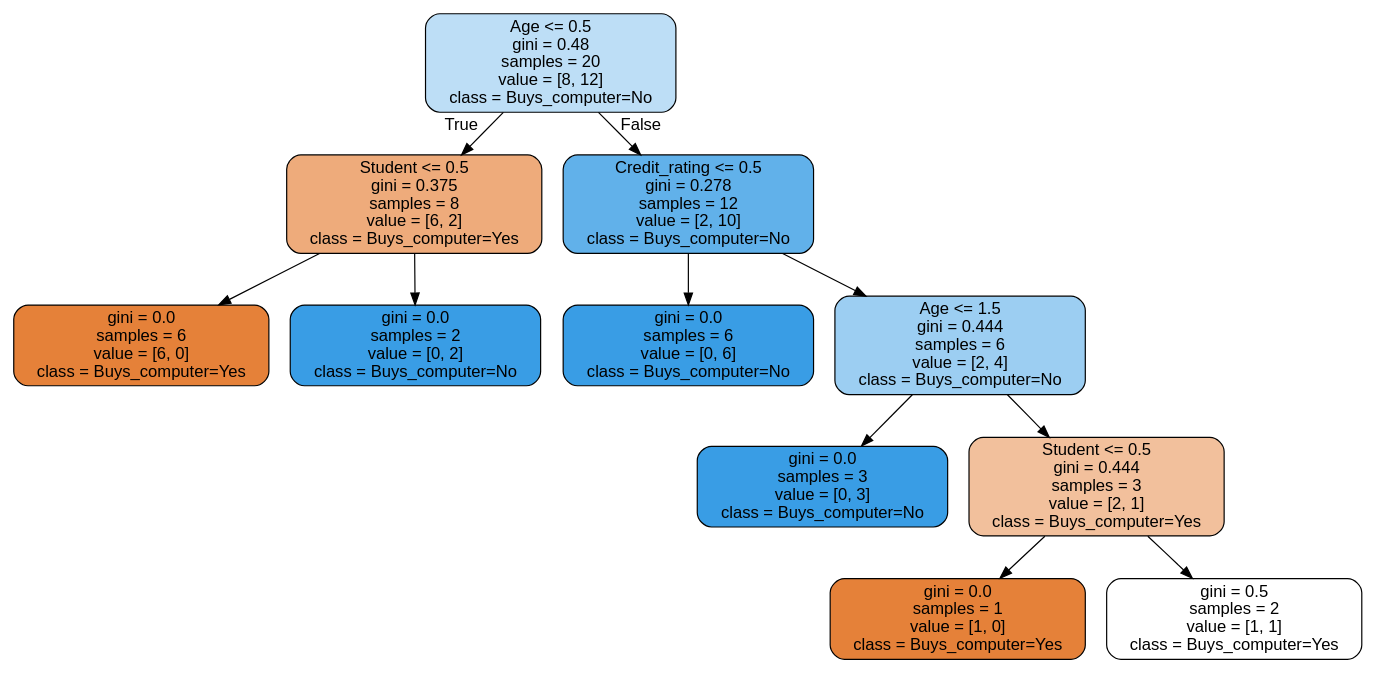
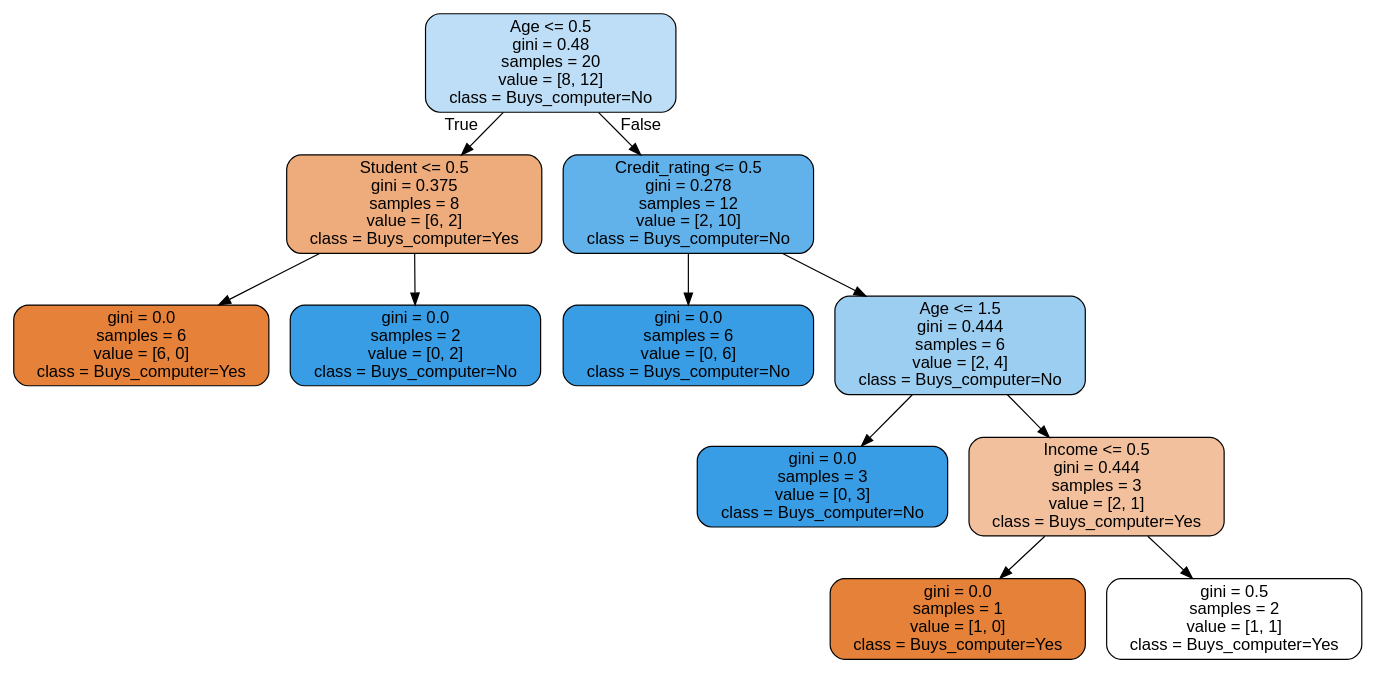
One commit to vquynh/data-science-exercises changed the diagram in DecisionTree/computer_tree_depth4.dot. Above: the diagram before and after it, drawn with Graphviz. The commit also changed 13 other files, not shown here.

```diff
--- a/DecisionTree/computer_tree_depth4.dot
+++ b/DecisionTree/computer_tree_depth4.dot
@@ -1,25 +1,25 @@
 digraph Tree {
 node [shape=box, style="filled, rounded", color="black", fontname="helvetica"] ;
 edge [fontname="helvetica"] ;
 0 [label="Age <= 0.5\ngini = 0.48\nsamples = 20\nvalue = [8, 12]\nclass = Buys_computer=No", fillcolor="#bddef6"] ;
 1 [label="Student <= 0.5\ngini = 0.375\nsamples = 8\nvalue = [6, 2]\nclass = Buys_computer=Yes", fillcolor="#eeab7b"] ;
 0 -> 1 [labeldistance=2.5, labelangle=45, headlabel="True"] ;
 2 [label="gini = 0.0\nsamples = 6\nvalue = [6, 0]\nclass = Buys_computer=Yes", fillcolor="#e58139"] ;
 1 -> 2 ;
 3 [label="gini = 0.0\nsamples = 2\nvalue = [0, 2]\nclass = Buys_computer=No", fillcolor="#399de5"] ;
 1 -> 3 ;
 4 [label="Credit_rating <= 0.5\ngini = 0.278\nsamples = 12\nvalue = [2, 10]\nclass = Buys_computer=No", fillcolor="#61b1ea"] ;
 0 -> 4 [labeldistance=2.5, labelangle=-45, headlabel="False"] ;
 5 [label="gini = 0.0\nsamples = 6\nvalue = [0, 6]\nclass = Buys_computer=No", fillcolor="#399de5"] ;
 4 -> 5 ;
 6 [label="Age <= 1.5\ngini = 0.444\nsamples = 6\nvalue = [2, 4]\nclass = Buys_computer=No", fillcolor="#9ccef2"] ;
 4 -> 6 ;
 7 [label="gini = 0.0\nsamples = 3\nvalue = [0, 3]\nclass = Buys_computer=No", fillcolor="#399de5"] ;
 6 -> 7 ;
-8 [label="Student <= 0.5\ngini = 0.444\nsamples = 3\nvalue = [2, 1]\nclass = Buys_computer=Yes", fillcolor="#f2c09c"] ;
+8 [label="Income <= 0.5\ngini = 0.444\nsamples = 3\nvalue = [2, 1]\nclass = Buys_computer=Yes", fillcolor="#f2c09c"] ;
 6 -> 8 ;
 9 [label="gini = 0.0\nsamples = 1\nvalue = [1, 0]\nclass = Buys_computer=Yes", fillcolor="#e58139"] ;
 8 -> 9 ;
 10 [label="gini = 0.5\nsamples = 2\nvalue = [1, 1]\nclass = Buys_computer=Yes", fillcolor="#ffffff"] ;
 8 -> 10 ;
 }
```
